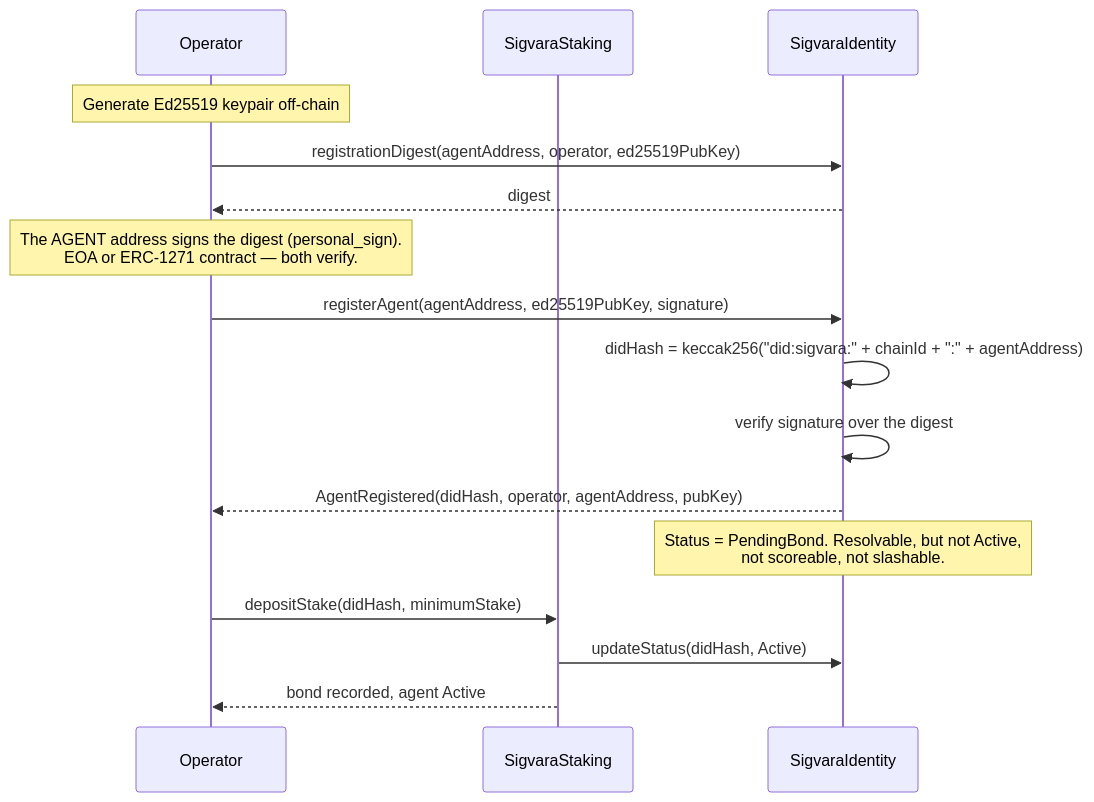
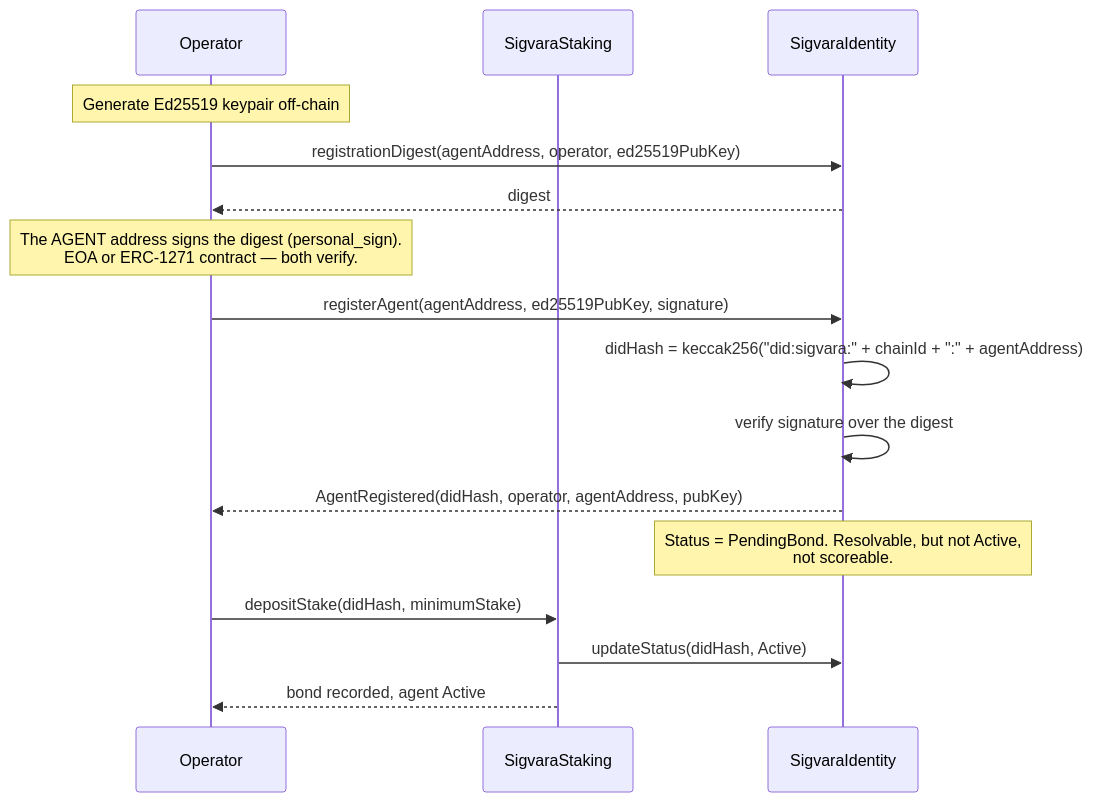
The fourth of 6 diagrams in README.md (RunTimeAdmin/Sigvara), drawn with Mermaid before and after one commit. The commit also changed other lines of this file and 15 other files, not shown here.

````diff
--- a/README.md
+++ b/README.md
@@ -282,19 +282,19 @@
 ```mermaid
 sequenceDiagram
     participant Op as Operator
     participant ST as SigvaraStaking
     participant ID as SigvaraIdentity
 
     Note over Op: Generate Ed25519 keypair off-chain
     Op->>ID: registrationDigest(agentAddress, operator, ed25519PubKey)
     ID-->>Op: digest
     Note over Op: The AGENT address signs the digest (personal_sign).<br/>EOA or ERC-1271 contract — both verify.
     Op->>ID: registerAgent(agentAddress, ed25519PubKey, signature)
     ID->>ID: didHash = keccak256("did:sigvara:" + chainId + ":" + agentAddress)
     ID->>ID: verify signature over the digest
     ID-->>Op: AgentRegistered(didHash, operator, agentAddress, pubKey)
-    Note over ID: Status = PendingBond. Resolvable, but not Active,<br/>not scoreable, not slashable.
+    Note over ID: Status = PendingBond. Resolvable, but not Active,<br/>not scoreable.
     Op->>ST: depositStake(didHash, minimumStake)
     ST->>ID: updateStatus(didHash, Active)
     ST-->>Op: bond recorded, agent Active
 ```
````
